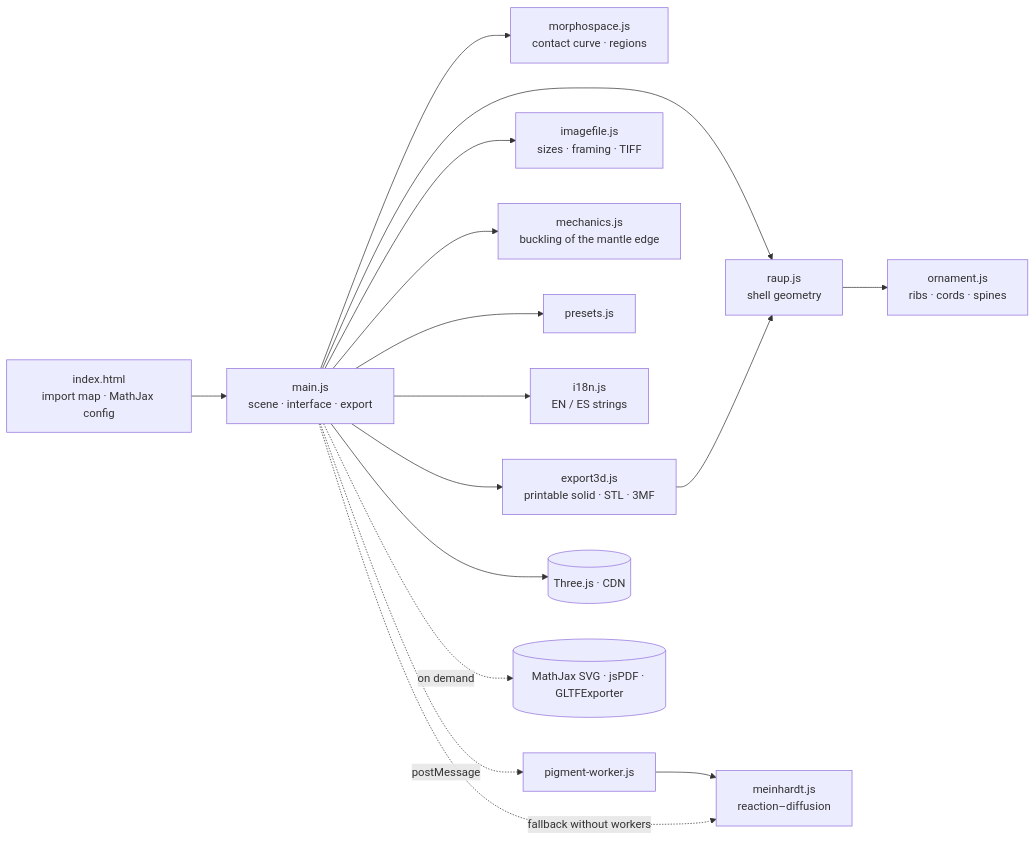
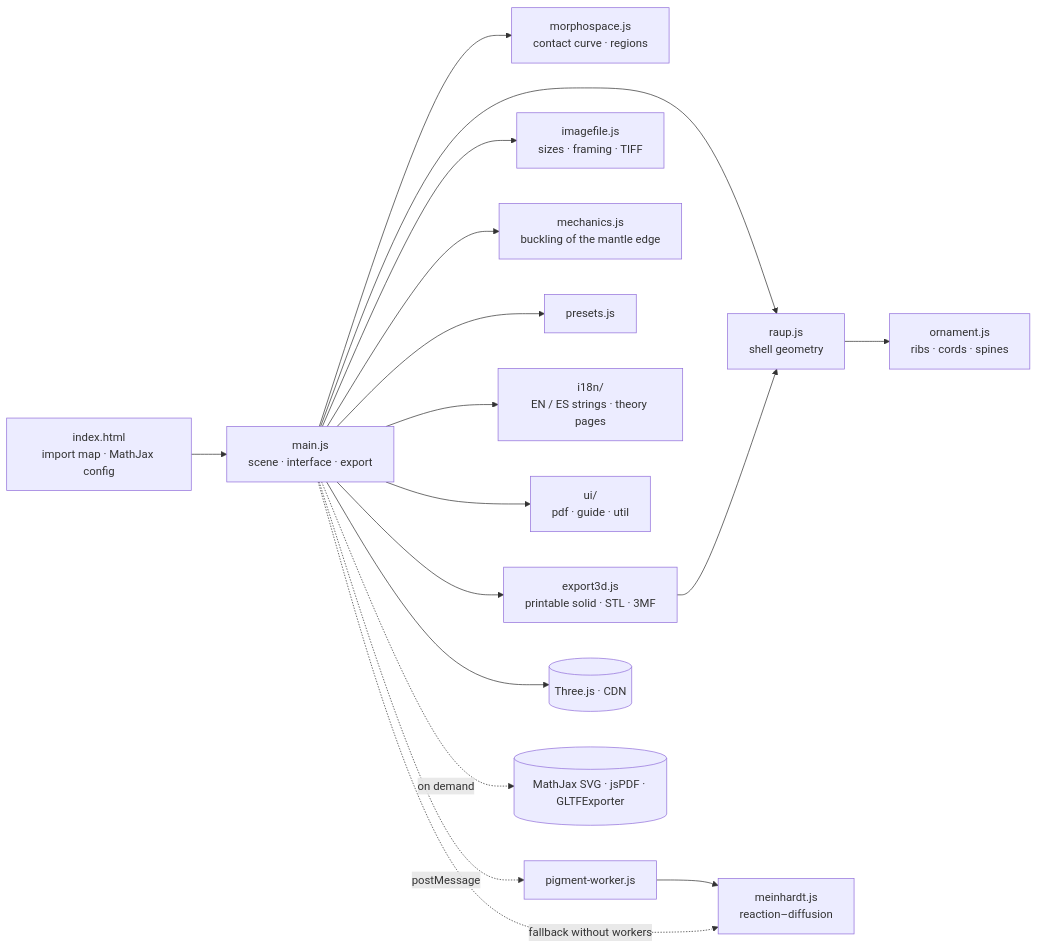
The first of 2 diagrams in ARCHITECTURE.md (AlbertoGonzalezCasarrubios/coiling-shells), drawn with Mermaid before and after one commit. The commit also changed other lines of this file and 3 other files, not shown here.

````diff
--- a/ARCHITECTURE.md
+++ b/ARCHITECTURE.md
@@ -46,18 +58,19 @@
 ```mermaid
 flowchart LR
   html["index.html<br/>import map · MathJax config"] --> main["main.js<br/>scene · interface · export"]
   main --> raup["raup.js<br/>shell geometry"]
   main --> morpho["morphospace.js<br/>contact curve · regions"]
   main --> exp["export3d.js<br/>printable solid · STL · 3MF"]
   main --> img["imagefile.js<br/>sizes · framing · TIFF"]
   main --> mech["mechanics.js<br/>buckling of the mantle edge"]
   raup --> orn["ornament.js<br/>ribs · cords · spines"]
   main --> presets["presets.js"]
-  main --> i18n["i18n.js<br/>EN / ES strings"]
+  main --> i18n["i18n/<br/>EN / ES strings · theory pages"]
+  main --> ui["ui/<br/>pdf · guide · util"]
   main -. "postMessage" .-> worker["pigment-worker.js"]
   worker --> mein["meinhardt.js<br/>reaction–diffusion"]
   main -. "fallback without workers" .-> mein
   exp --> raup
   main --> three[("Three.js · CDN")]
   main -. "on demand" .-> cdn[("MathJax SVG · jsPDF · GLTFExporter")]
 ```
````
